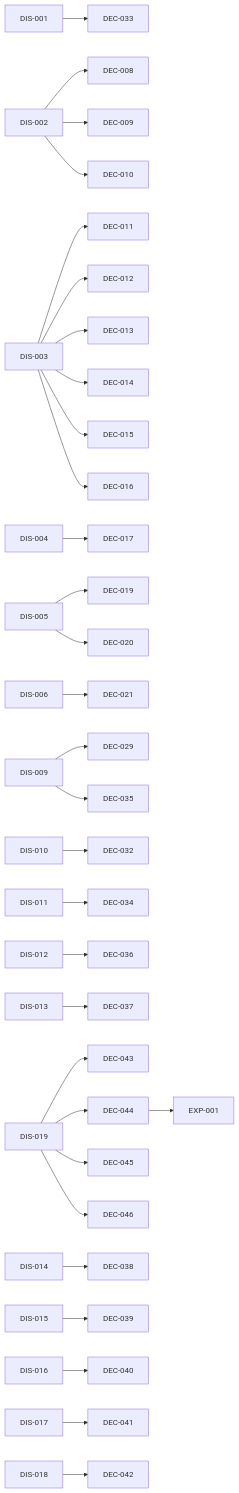
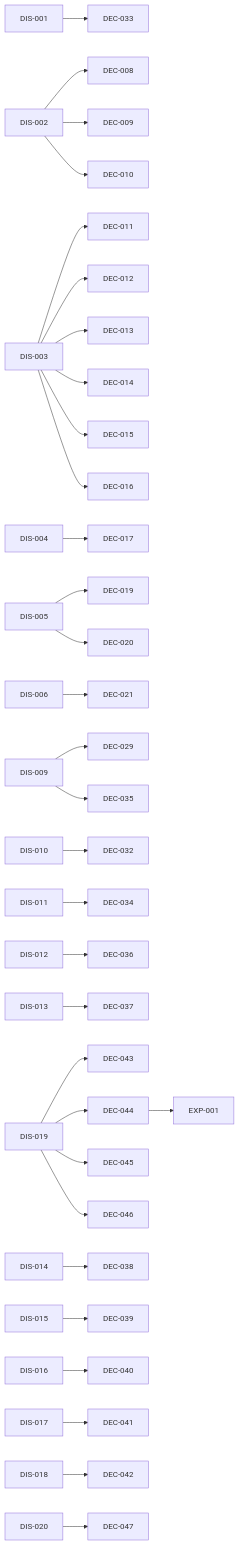
Before and after one commit to amartis/sonoai_research_notes: the diagram in INDEX.md, drawn with Mermaid. The commit also changed other lines of this file and 3 other files, not shown here.

First line of the commit message:
DIS-020, DEC-047: cirrhosis v4 sample cases per project group, precirrhosis excluded, liver-area fallback

````diff
--- a/INDEX.md
+++ b/INDEX.md
@@ -168,33 +172,34 @@
 ```mermaid
 flowchart LR
   DEC_044[DEC-044] --> EXP_001[EXP-001]
   DIS_001[DIS-001] --> DEC_033[DEC-033]
   DIS_002[DIS-002] --> DEC_008[DEC-008]
   DIS_002[DIS-002] --> DEC_009[DEC-009]
   DIS_002[DIS-002] --> DEC_010[DEC-010]
   DIS_003[DIS-003] --> DEC_011[DEC-011]
   DIS_003[DIS-003] --> DEC_012[DEC-012]
   DIS_003[DIS-003] --> DEC_013[DEC-013]
   DIS_003[DIS-003] --> DEC_014[DEC-014]
   DIS_003[DIS-003] --> DEC_015[DEC-015]
   DIS_003[DIS-003] --> DEC_016[DEC-016]
   DIS_004[DIS-004] --> DEC_017[DEC-017]
   DIS_005[DIS-005] --> DEC_019[DEC-019]
   DIS_005[DIS-005] --> DEC_020[DEC-020]
   DIS_006[DIS-006] --> DEC_021[DEC-021]
   DIS_009[DIS-009] --> DEC_029[DEC-029]
   DIS_009[DIS-009] --> DEC_035[DEC-035]
   DIS_010[DIS-010] --> DEC_032[DEC-032]
   DIS_011[DIS-011] --> DEC_034[DEC-034]
   DIS_012[DIS-012] --> DEC_036[DEC-036]
   DIS_013[DIS-013] --> DEC_037[DEC-037]
   DIS_014[DIS-014] --> DEC_038[DEC-038]
   DIS_015[DIS-015] --> DEC_039[DEC-039]
   DIS_016[DIS-016] --> DEC_040[DEC-040]
   DIS_017[DIS-017] --> DEC_041[DEC-041]
   DIS_018[DIS-018] --> DEC_042[DEC-042]
   DIS_019[DIS-019] --> DEC_043[DEC-043]
   DIS_019[DIS-019] --> DEC_044[DEC-044]
   DIS_019[DIS-019] --> DEC_045[DEC-045]
   DIS_019[DIS-019] --> DEC_046[DEC-046]
+  DIS_020[DIS-020] --> DEC_047[DEC-047]
 ```
````
